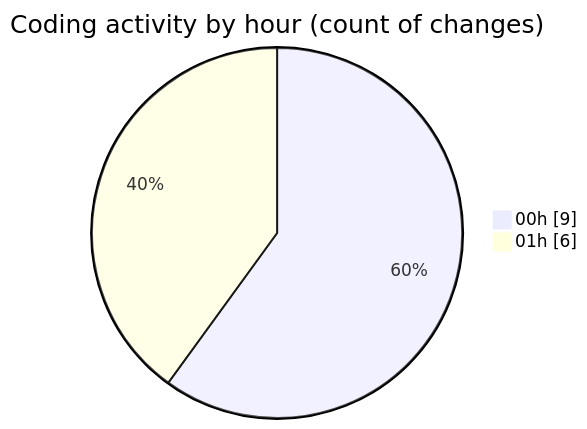
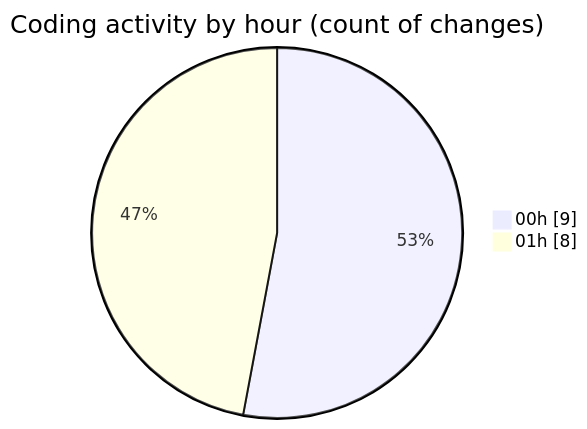
One commit to jrari/code-tracking changed the second of 2 diagrams in 2025-07-14/telebot/README.md. Above: the diagram before and after it, drawn with Mermaid. The commit also changed other lines of this file and 1 other file, not shown here.

````diff
--- a/2025-07-14/telebot/README.md
+++ b/2025-07-14/telebot/README.md
@@ -35,6 +36,6 @@
 ```mermaid
 pie showData
 title Coding activity by hour (count of changes)
 "00h" : 9
-"01h" : 6
+"01h" : 8
 ```
````
